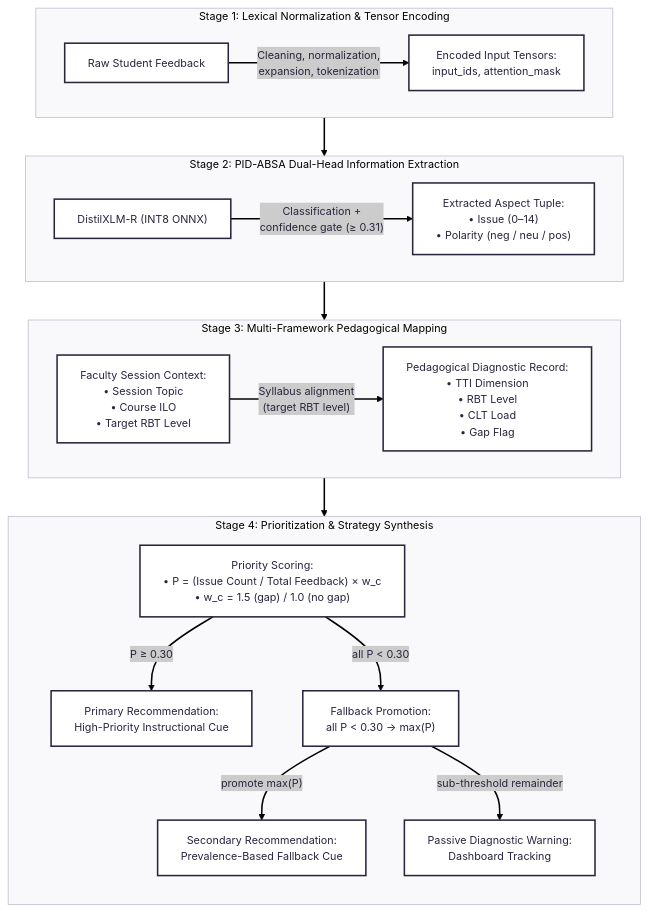
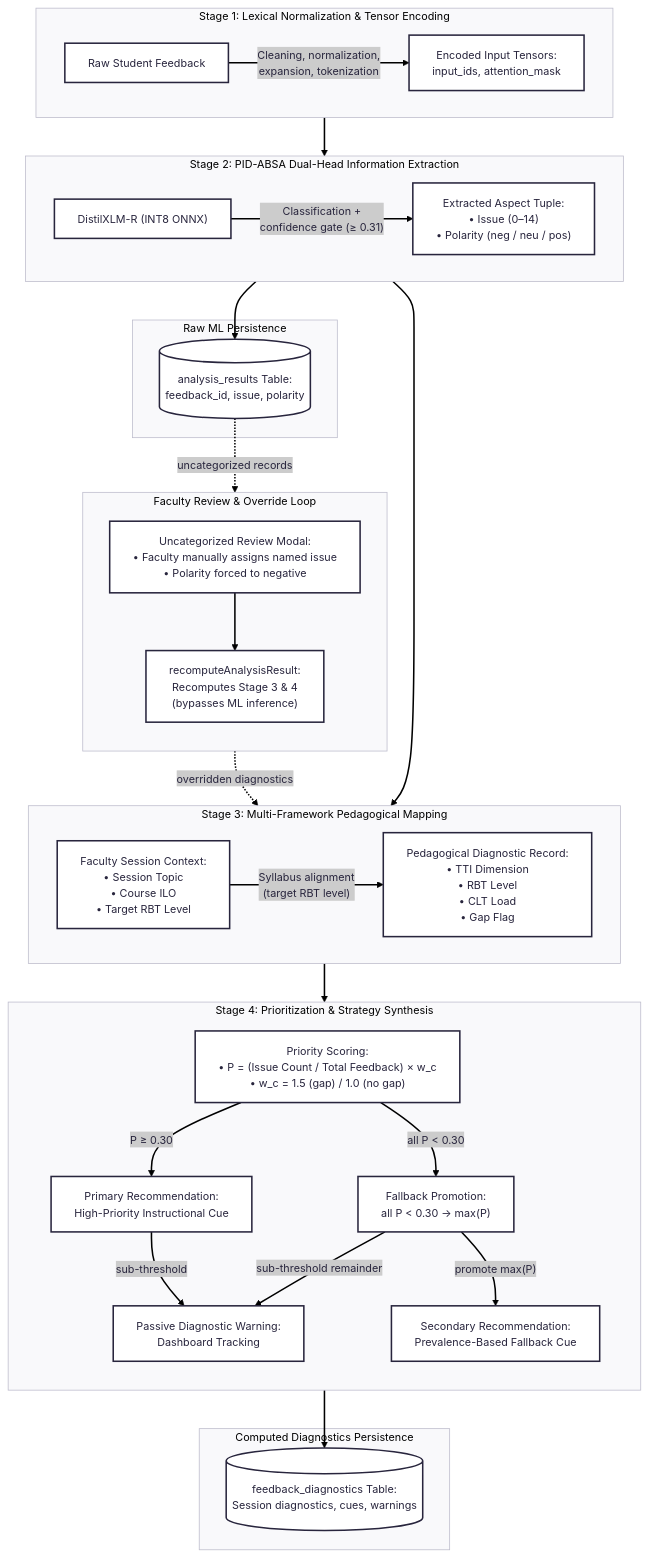
The diagram in docs/feedback_value_chain_diagram.md (francis-villapando/feeana), drawn with Mermaid before and after one commit. The commit also changed 3 other files, not shown here.

Commit message:
feat(diagrams): document persistence, faculty override loop, and tensor details

````diff
--- a/docs/feedback_value_chain_diagram.md
+++ b/docs/feedback_value_chain_diagram.md
@@ -1,50 +1,71 @@
 ```mermaid
 ---
 config:
   theme: redux
   look: classic
   flowchart:
     wrappingWidth: 1000
 ---
 flowchart TB
 
     subgraph STAGE1["Stage 1: Lexical Normalization & Tensor Encoding"]
         direction LR
         RAW_INPUT["Raw Student Feedback"]
         TENSOR_ENC["Encoded Input Tensors:<br/>input_ids, attention_mask"]
         RAW_INPUT -->|"Cleaning, normalization,<br/>expansion, tokenization"| TENSOR_ENC
     end
 
     subgraph STAGE2["Stage 2: PID-ABSA Dual-Head Information Extraction"]
         direction LR
         INFERENCE_BLOCK["DistilXLM-R (INT8 ONNX)"]
         TUPLE_OUT["Extracted Aspect Tuple:<br/>• Issue (0–14)<br/>• Polarity (neg / neu / pos)"]
         INFERENCE_BLOCK -->|"Classification +<br/>confidence gate (≥ 0.31)"| TUPLE_OUT
     end
 
+    subgraph PERSIST_RAW["Raw ML Persistence"]
+        RAW_STORE[("analysis_results Table:<br/>feedback_id, issue, polarity")]
+    end
+
+    subgraph HUMAN_LOOP["Faculty Review & Override Loop"]
+        direction TB
+        UNCAT_REVIEW["Uncategorized Review Modal:<br/>• Faculty manually assigns named issue<br/>• Polarity forced to negative"]
+        RECOMPUTE["recomputeAnalysisResult:<br/>Recomputes Stage 3 & 4<br/>(bypasses ML inference)"]
+        UNCAT_REVIEW --> RECOMPUTE
+    end
+
     subgraph STAGE3["Stage 3: Multi-Framework Pedagogical Mapping"]
         direction LR
         CONTEXT_IN["Faculty Session Context:<br/>• Session Topic<br/>• Course ILO<br/>• Target RBT Level"]
         DIAGNOSTIC_REC["Pedagogical Diagnostic Record:<br/>• TTI Dimension<br/>• RBT Level<br/>• CLT Load<br/>• Gap Flag"]
         CONTEXT_IN -->|"Syllabus alignment<br/>(target RBT level)"| DIAGNOSTIC_REC
     end
 
     subgraph STAGE4["Stage 4: Prioritization & Strategy Synthesis"]
         direction TB
         PRIORITY_SCORER["Priority Scoring:<br/>• P = (Issue Count / Total Feedback) × w_c<br/>• w_c = 1.5 (gap) / 1.0 (no gap)"]
         PRIMARY_REC["Primary Recommendation:<br/>High-Priority Instructional Cue"]
         FALLBACK_PROMOTE["Fallback Promotion:<br/>all P < 0.30 → max(P)"]
         SECONDARY_REC["Secondary Recommendation:<br/>Prevalence-Based Fallback Cue"]
         TERMINAL_WARN["Passive Diagnostic Warning:<br/>Dashboard Tracking"]
+
         PRIORITY_SCORER -->|"P ≥ 0.30"| PRIMARY_REC
+        PRIMARY_REC -->|"sub-threshold"| TERMINAL_WARN
         PRIORITY_SCORER -->|"all P < 0.30"| FALLBACK_PROMOTE
         FALLBACK_PROMOTE -->|"promote max(P)"| SECONDARY_REC
         FALLBACK_PROMOTE -->|"sub-threshold remainder"| TERMINAL_WARN
     end
 
+    subgraph PERSIST_DIAG["Computed Diagnostics Persistence"]
+        DIAG_STORE[("feedback_diagnostics Table:<br/>Session diagnostics, cues, warnings")]
+    end
+
     STAGE1 --> STAGE2
+    TUPLE_OUT --> RAW_STORE
     STAGE2 --> STAGE3
+    RAW_STORE -.->|"uncategorized records"| UNCAT_REVIEW
+    RECOMPUTE -.->|"overridden diagnostics"| STAGE3
     STAGE3 --> STAGE4
+    STAGE4 --> DIAG_STORE
 
-    %% 'Uncategorized' issues are excluded from scoring
+    %% 'Uncategorized' issues are excluded from scoring unless reclassified via faculty manual overrides
 ```
````
